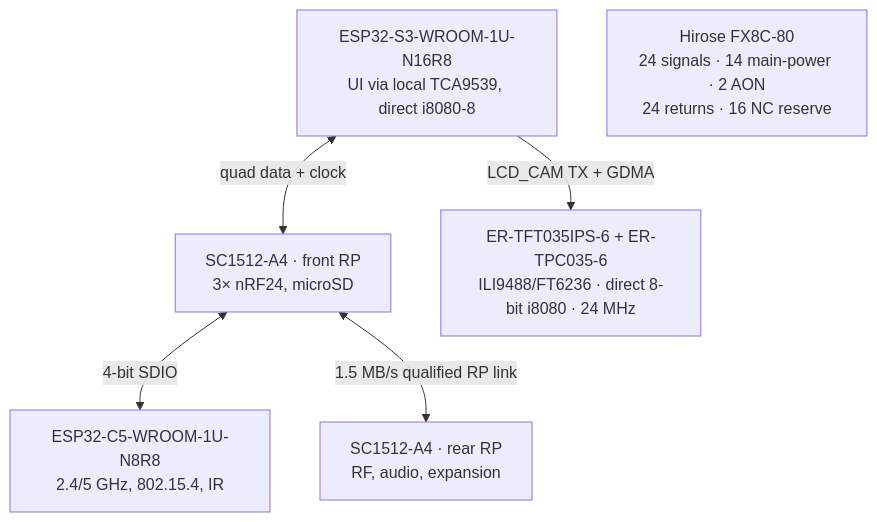
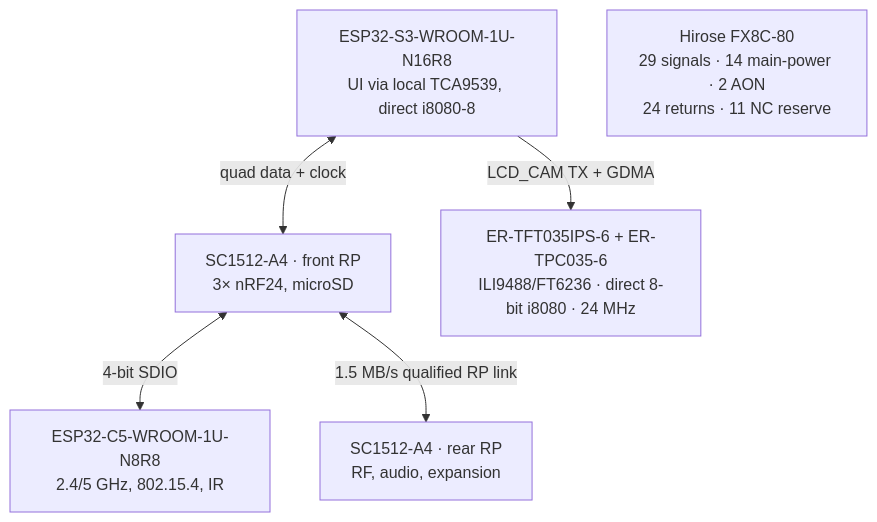
One commit to anton-vinogradov/esp32-leshy2 changed the diagram in docs/schematics.md. Above: the diagram before and after it, drawn with Mermaid. The commit also changed other lines of this file and 152 other files, not shown here.

Commit message:
Complete native R2 schematics and open H3 verification

````diff
--- a/docs/schematics.md
+++ b/docs/schematics.md
@@ -33,14 +34,14 @@
 ```mermaid
 flowchart TD
   S3["ESP32-S3-WROOM-1U-N16R8<br/>UI via local TCA9539, direct i8080-8"]
   C5["ESP32-C5-WROOM-1U-N8R8<br/>2.4/5 GHz, 802.15.4, IR"]
   FRP["SC1512-A4 · front RP<br/>3× nRF24, microSD"]
   RRP["SC1512-A4 · rear RP<br/>RF, audio, expansion"]
   LCD["ER-TFT035IPS-6 + ER-TPC035-6<br/>ILI9488/FT6236 · direct 8-bit i8080 · 24 MHz"]
-  M1["Hirose FX8C-80<br/>24 signals · 14 main-power · 2 AON<br/>24 returns · 16 NC reserve"]
+  M1["Hirose FX8C-80<br/>29 signals · 14 main-power · 2 AON<br/>24 returns · 11 NC reserve"]
 
   S3 -->|"LCD_CAM TX + GDMA"| LCD
   S3 <-->|"quad data + clock"| FRP
   FRP <-->|"4-bit SDIO"| C5
   FRP <-->|"1.5 MB/s qualified RP link"| RRP
 ```
````
